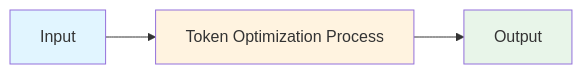
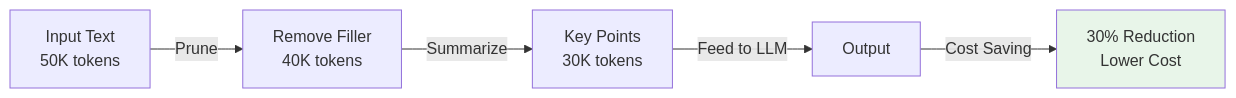
One commit to souradeepta/interviewprep-ai changed the first of 2 diagrams in llm/concepts/token-optimization.md. Above: the diagram before and after it, drawn with Mermaid. The commit also changed other lines of this file and 33 other files, not shown here.

````diff
--- a/llm/concepts/token-optimization.md
+++ b/llm/concepts/token-optimization.md
@@ -139,9 +139,8 @@
 ```mermaid
 graph LR
-    A["Input"] --> B["Token Optimization Process"]
-    B --> C["Output"]
-
-    style A fill:#e1f5ff
-    style B fill:#fff3e0
-    style C fill:#e8f5e9
+    A["Input Text<br/>50K tokens"] -->|Prune| B["Remove Filler<br/>40K tokens"]
+    B -->|Summarize| C["Key Points<br/>30K tokens"]
+    C -->|Feed to LLM| D["Output"]
+    D -->|Cost Saving| E["30% Reduction<br/>Lower Cost"]
+    style E fill:#e8f5e9
 ```
````
